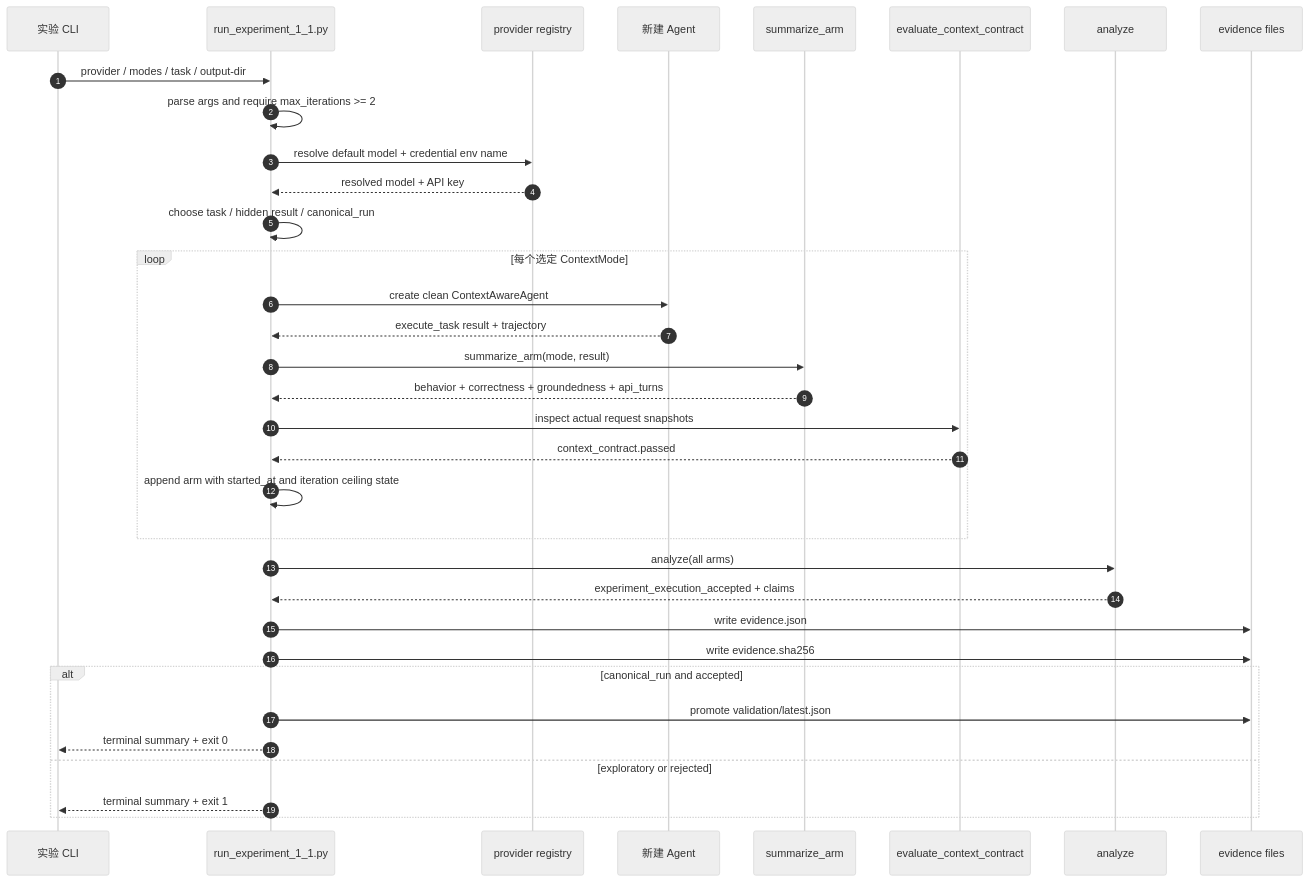
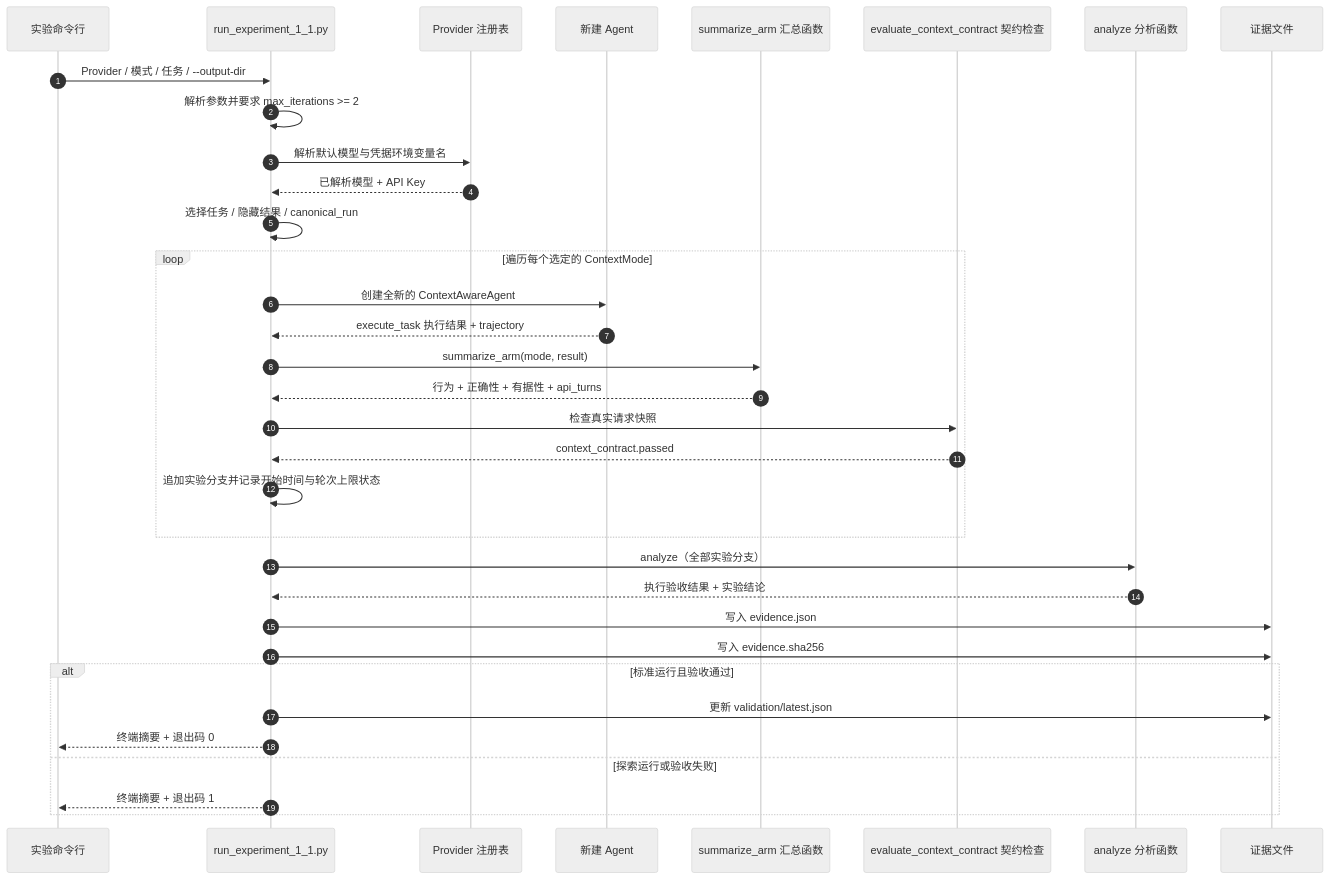
The third of 3 diagrams in learning/chapter1/context/实验逻辑流程.md (zhangxinxixx/ai-agent-book), drawn with Mermaid (neutral theme) before and after one commit. The commit also changed other lines of this file and 30 other files, not shown here.

````diff
--- a/learning/chapter1/context/实验逻辑流程.md
+++ b/learning/chapter1/context/实验逻辑流程.md
@@ -215,37 +215,37 @@
-~~~mermaid
+```mermaid
 sequenceDiagram
     autonumber
-    participant C as 实验 CLI
+    participant C as 实验命令行
     participant E as run_experiment_1_1.py
-    participant P as provider registry
+    participant P as Provider 注册表
     participant A as 新建 Agent
-    participant G as summarize_arm
-    participant V as evaluate_context_contract
-    participant N as analyze
-    participant F as evidence files
+    participant G as summarize_arm 汇总函数
+    participant V as evaluate_context_contract 契约检查
+    participant N as analyze 分析函数
+    participant F as 证据文件
 
-    C->>E: provider / modes / task / output-dir
-    E->>E: parse args and require max_iterations >= 2
-    E->>P: resolve default model + credential env name
-    P-->>E: resolved model + API key
-    E->>E: choose task / hidden result / canonical_run
-    loop 每个选定 ContextMode
-        E->>A: create clean ContextAwareAgent
-        A-->>E: execute_task result + trajectory
+    C->>E: Provider / 模式 / 任务 / --output-dir
+    E->>E: 解析参数并要求 max_iterations >= 2
+    E->>P: 解析默认模型与凭据环境变量名
+    P-->>E: 已解析模型 + API Key
+    E->>E: 选择任务 / 隐藏结果 / canonical_run
+    loop 遍历每个选定的 ContextMode
+        E->>A: 创建全新的 ContextAwareAgent
+        A-->>E: execute_task 执行结果 + trajectory
         E->>G: summarize_arm(mode, result)
-        G-->>E: behavior + correctness + groundedness + api_turns
-        E->>V: inspect actual request snapshots
+        G-->>E: 行为 + 正确性 + 有据性 + api_turns
+        E->>V: 检查真实请求快照
         V-->>E: context_contract.passed
-        E->>E: append arm with started_at and iteration ceiling state
+        E->>E: 追加实验分支并记录开始时间与轮次上限状态
     end
-    E->>N: analyze(all arms)
-    N-->>E: experiment_execution_accepted + claims
-    E->>F: write evidence.json
-    E->>F: write evidence.sha256
-    alt canonical_run and accepted
-        E->>F: promote validation/latest.json
-        E-->>C: terminal summary + exit 0
-    else exploratory or rejected
-        E-->>C: terminal summary + exit 1
+    E->>N: analyze（全部实验分支）
+    N-->>E: 执行验收结果 + 实验结论
+    E->>F: 写入 evidence.json
+    E->>F: 写入 evidence.sha256
+    alt 标准运行且验收通过
+        E->>F: 更新 validation/latest.json
+        E-->>C: 终端摘要 + 退出码 0
+    else 探索运行或验收失败
+        E-->>C: 终端摘要 + 退出码 1
     end
-~~~
+```
````
